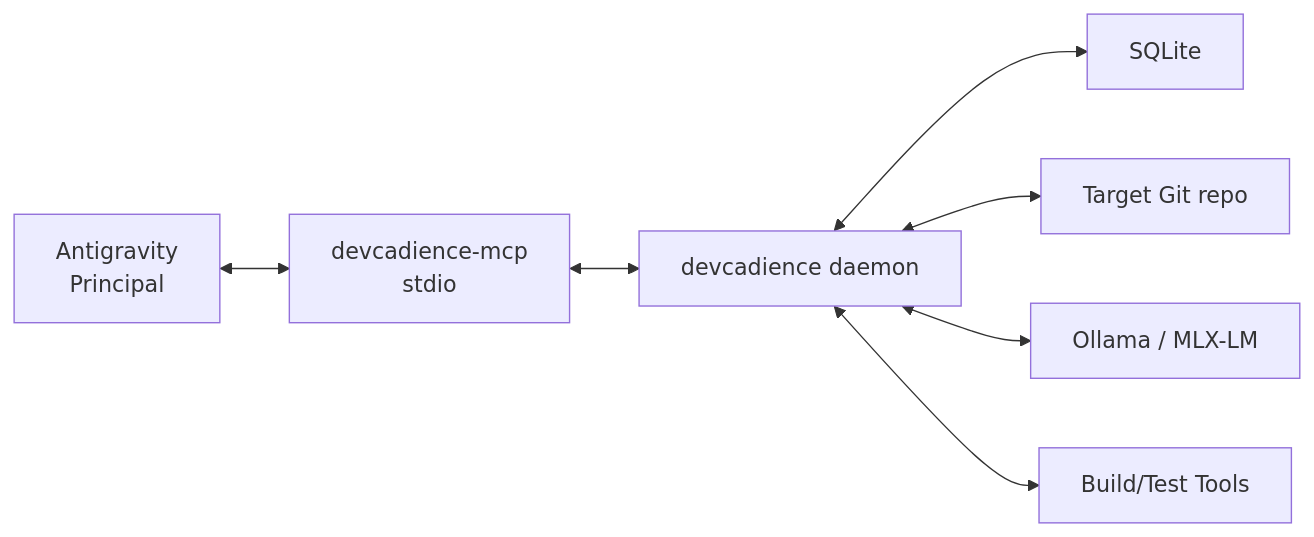
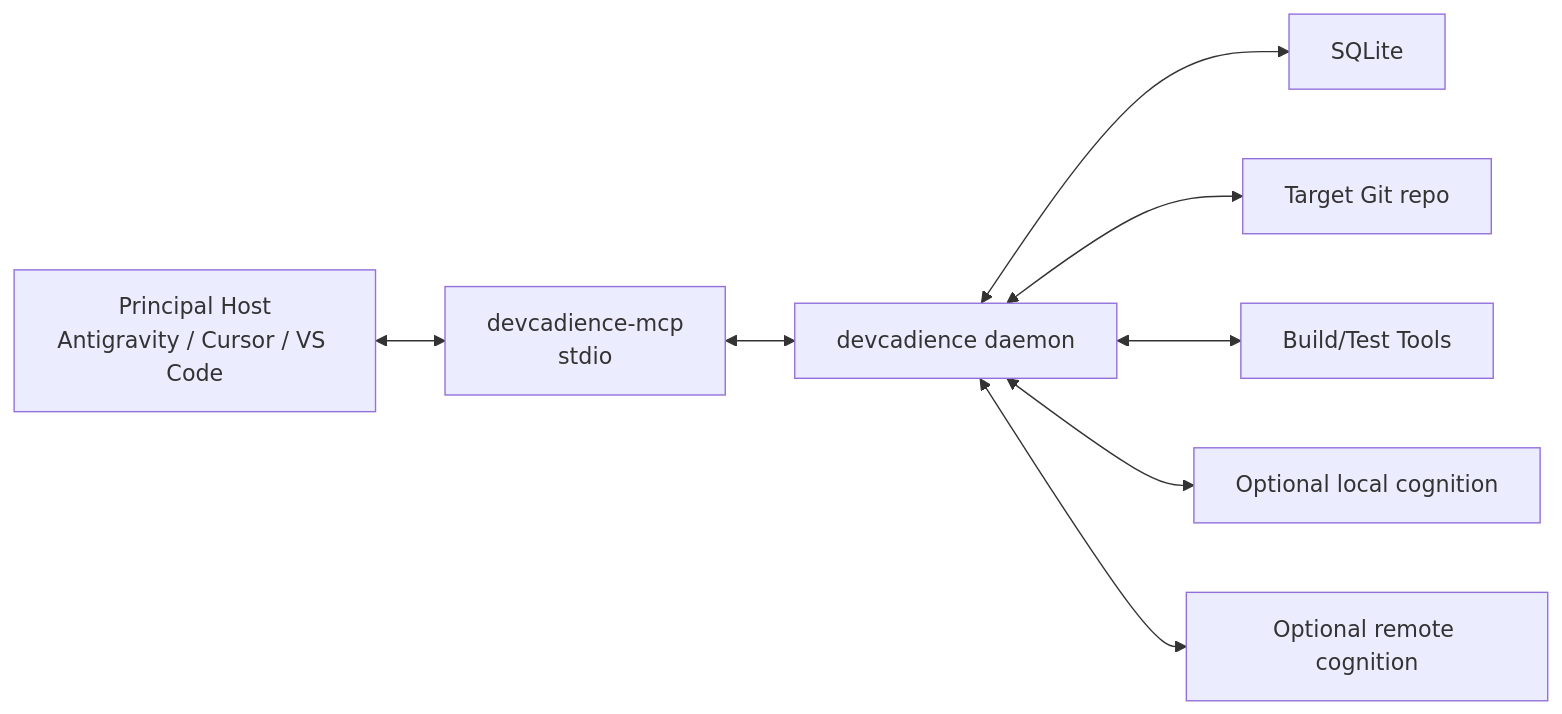
One commit to olostan/DevCadence changed diagram 13 of 13 in docs/ARCHITECTURE.md. Above: the diagram before and after it, drawn with Mermaid. The commit also changed other lines of this file, not shown here.

Commit message:
docs: make architecture capability-routed and host independent

````diff
--- a/docs/ARCHITECTURE.md
+++ b/docs/ARCHITECTURE.md
@@ -525,17 +542,19 @@
 ```mermaid
 flowchart LR
-    AG["Antigravity<br/>Principal"]
+    Host["Principal Host<br/>Antigravity / Cursor / VS Code"]
     MCP["devcadience-mcp<br/>stdio"]
     D["devcadience daemon"]
     DB["SQLite"]
     Repo["Target Git repo"]
-    Local["Ollama / MLX-LM"]
     Tools["Build/Test Tools"]
+    Local["Optional local cognition"]
+    Remote["Optional remote cognition"]
 
-    AG <--> MCP
+    Host <--> MCP
     MCP <--> D
     D <--> DB
     D <--> Repo
+    D <--> Tools
     D <--> Local
-    D <--> Tools
+    D <--> Remote
 ```
````
